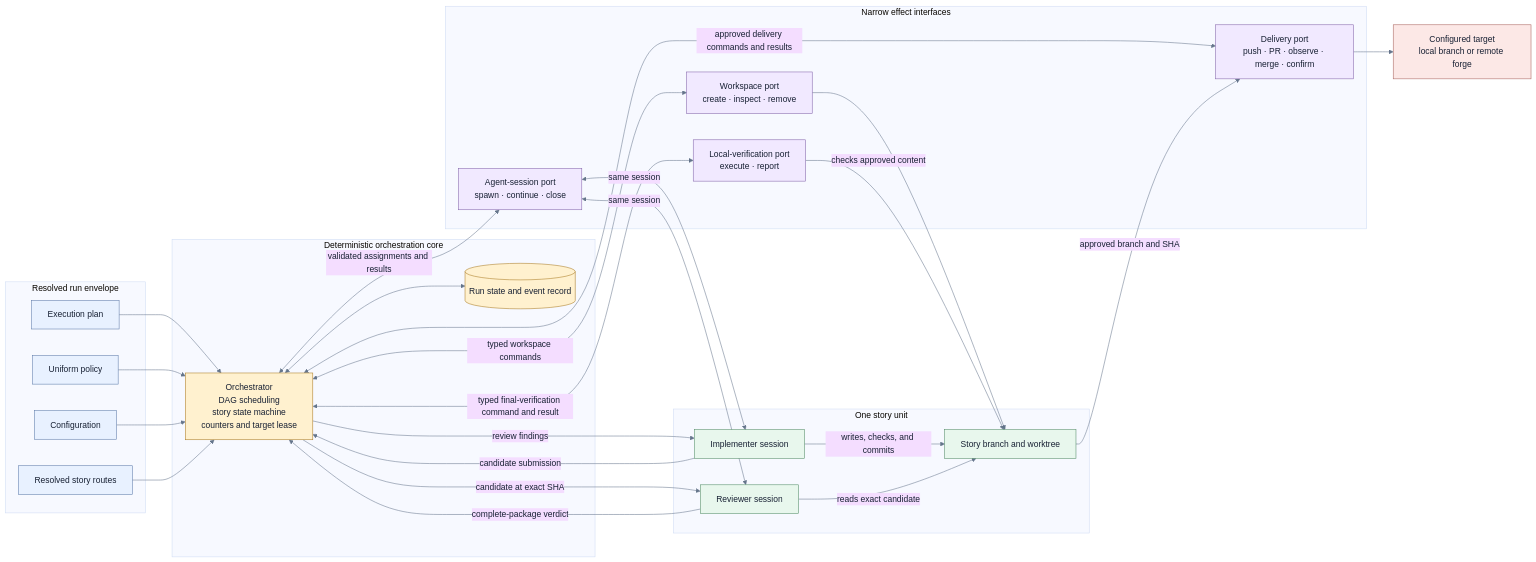
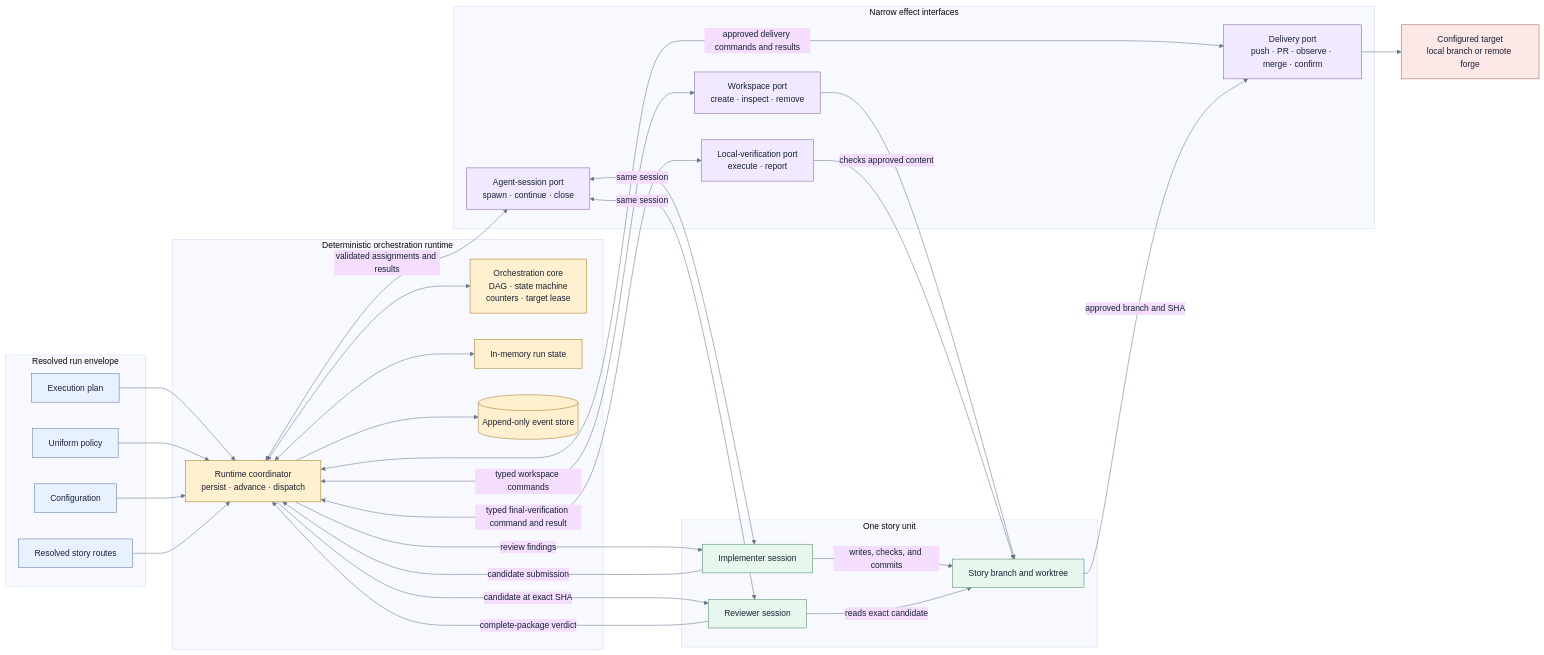
One commit to agentic-workflow-kit/jig changed the diagram in docs/design/deterministic-story-orchestration/orchestration.md. Above: the diagram before and after it, drawn with Mermaid. The commit also changed other lines of this file and 5 other files, not shown here.

Commit message:
docs: define orchestration event model

````diff
--- a/docs/design/deterministic-story-orchestration/orchestration.md
+++ b/docs/design/deterministic-story-orchestration/orchestration.md
@@ -14,68 +15,72 @@
 ```mermaid
 %%{init: {"theme": "base", "themeVariables": {"fontFamily": "Inter, ui-sans-serif, system-ui", "primaryTextColor": "#172033", "lineColor": "#65758b"}}}%%
 flowchart LR
     subgraph Inputs["Resolved run envelope"]
         Plan["Execution plan"]
         Policy["Uniform policy"]
         Config["Configuration"]
         Routes["Resolved story routes"]
     end
 
-    subgraph Core["Deterministic orchestration core"]
-        Orchestrator["Orchestrator<br/>DAG scheduling<br/>story state machine<br/>counters and target lease"]
-        RunState[("Run state and event record")]
-        Orchestrator <--> RunState
+    subgraph Core["Deterministic orchestration runtime"]
+        Runtime["Runtime coordinator<br/>persist · advance · dispatch"]
+        Orchestrator["Orchestration core<br/>DAG · state machine<br/>counters · target lease"]
+        RunState["In-memory run state"]
+        EventStore[("Append-only event store")]
+        Runtime <--> Orchestrator
+        Runtime <--> RunState
+        Runtime --> EventStore
     end
 
     subgraph Ports["Narrow effect interfaces"]
         AgentPort["Agent-session port<br/>spawn · continue · close"]
         WorkspacePort["Workspace port<br/>create · inspect · remove"]
         VerificationPort["Local-verification port<br/>execute · report"]
         DeliveryPort["Delivery port<br/>push · PR · observe · merge · confirm"]
     end
 
     subgraph Story["One story unit"]
         Worktree["Story branch and worktree"]
         Implementer["Implementer session"]
         Reviewer["Reviewer session"]
     end
 
     Target["Configured target<br/>local branch or remote forge"]
 
-    Plan --> Orchestrator
-    Policy --> Orchestrator
-    Config --> Orchestrator
-    Routes --> Orchestrator
+    Plan --> Runtime
+    Policy --> Runtime
+    Config --> Runtime
+    Routes --> Runtime
 
-    Orchestrator <-->|"validated assignments and results"| AgentPort
+    Runtime <-->|"validated assignments and results"| AgentPort
     AgentPort <-->|"same session"| Implementer
     AgentPort <-->|"same session"| Reviewer
 
-    Orchestrator -->|"review findings"| Implementer
-    Implementer -->|"candidate submission"| Orchestrator
-    Orchestrator -->|"candidate at exact SHA"| Reviewer
-    Reviewer -->|"complete-package verdict"| Orchestrator
+    Runtime -->|"review findings"| Implementer
+    Implementer -->|"candidate submission"| Runtime
+    Runtime -->|"candidate at exact SHA"| Reviewer
+    Reviewer -->|"complete-package verdict"| Runtime
 
-    Orchestrator <-->|"typed workspace commands"| WorkspacePort
+    Runtime <-->|"typed workspace commands"| WorkspacePort
     WorkspacePort --> Worktree
     Implementer -->|"writes, checks, and commits"| Worktree
     Reviewer -->|"reads exact candidate"| Worktree
 
-    Orchestrator <-->|"typed final-verification command and result"| VerificationPort
+    Runtime <-->|"typed final-verification command and result"| VerificationPort
     VerificationPort -->|"checks approved content"| Worktree
 
-    Orchestrator <-->|"approved delivery commands and results"| DeliveryPort
+    Runtime <-->|"approved delivery commands and results"| DeliveryPort
     Worktree -->|"approved branch and SHA"| DeliveryPort
     DeliveryPort --> Target
 
     classDef input fill:#e8f1ff,stroke:#5a78a8,color:#172033;
     classDef core fill:#fff1cf,stroke:#a8781f,color:#172033;
     classDef port fill:#f1e9ff,stroke:#8061a8,color:#172033;
     classDef agent fill:#e8f7ed,stroke:#4f8a63,color:#172033;
     classDef target fill:#fce8e6,stroke:#a7615b,color:#172033;
     class Plan,Policy,Config,Routes input;
-    class Orchestrator,RunState core;
+    class Runtime,Orchestrator,RunState,EventStore core;
     class AgentPort,WorkspacePort,VerificationPort,DeliveryPort port;
     class Worktree,Implementer,Reviewer agent;
     class Target target;
 ```
````
